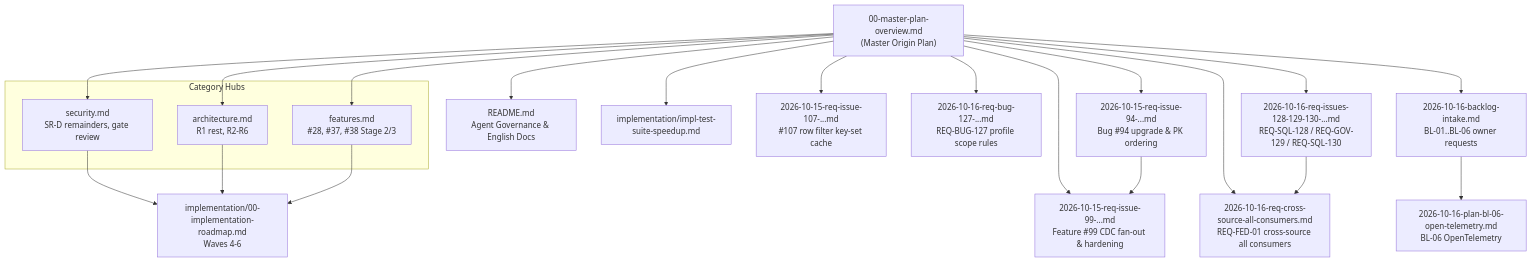
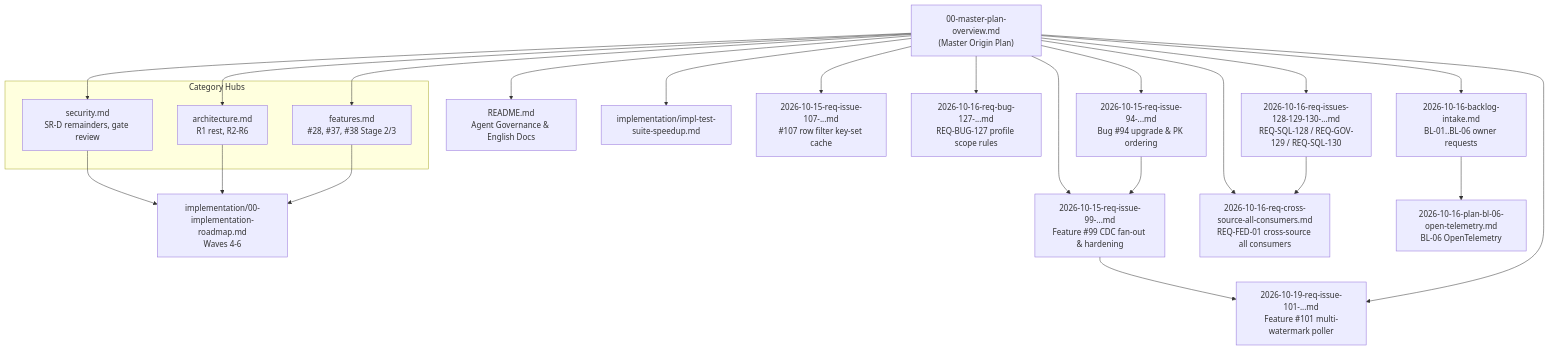
One commit to themulle/autheris changed the diagram in docs/plans/00-master-plan-overview.md. Above: the diagram before and after it, drawn with Mermaid. The commit also changed other lines of this file and 2 other files, not shown here.

Commit message:
docs(plan): add REQ-CDC-101 and PLAN-CDC-101 for multi-watermark query poller

````diff
--- a/docs/plans/00-master-plan-overview.md
+++ b/docs/plans/00-master-plan-overview.md
@@ -203,41 +204,44 @@
 ```mermaid
 flowchart TD
     MP["00-master-plan-overview.md<br/>(Master Origin Plan)"]
     AG["README.md<br/>Agent Governance & English Docs"]
     IR["implementation/00-implementation-roadmap.md<br/>Waves 4-6"]
 
     subgraph Categories ["Category Hubs"]
         SR["security.md<br/>SR-D remainders, gate review"]
         AR["architecture.md<br/>R1 rest, R2-R6"]
         FT["features.md<br/>#28, #37, #38 Stage 2/3"]
     end
 
     TS["implementation/impl-test-suite-speedup.md"]
     B94["2026-10-15-req-issue-94-...md<br/>Bug #94 upgrade & PK ordering"]
     C99["2026-10-15-req-issue-99-...md<br/>Feature #99 CDC fan-out & hardening"]
+    C101["2026-10-19-req-issue-101-...md<br/>Feature #101 multi-watermark poller"]
     R107["2026-10-15-req-issue-107-...md<br/>#107 row filter key-set cache"]
     FED1["2026-10-16-req-cross-source-all-consumers.md<br/>REQ-FED-01 cross-source all consumers"]
     BL["2026-10-16-backlog-intake.md<br/>BL-01..BL-06 owner requests"]
     B127["2026-10-16-req-bug-127-...md<br/>REQ-BUG-127 profile scope rules"]
     R128["2026-10-16-req-issues-128-129-130-...md<br/>REQ-SQL-128 / REQ-GOV-129 / REQ-SQL-130"]
     BL6["2026-10-16-plan-bl-06-open-telemetry.md<br/>BL-06 OpenTelemetry"]
 
     MP --> AG
     MP --> SR
     MP --> AR
     MP --> FT
     MP --> TS
     MP --> B94
     MP --> C99
     B94 --> C99
+    C99 --> C101
+    MP --> C101
     MP --> R107
     MP --> FED1
     MP --> B127
     MP --> R128
     R128 --> FED1
     MP --> BL
     BL --> BL6
     SR --> IR
     AR --> IR
     FT --> IR
 ```
````
